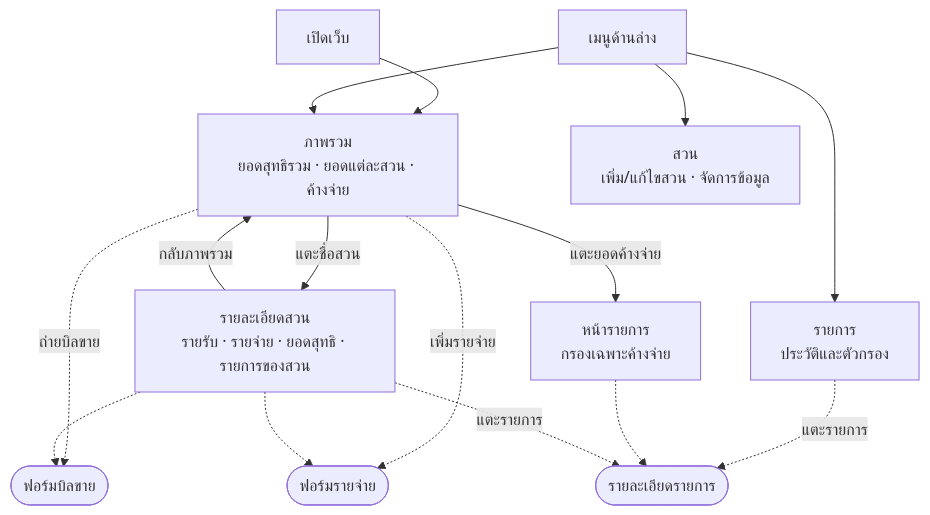
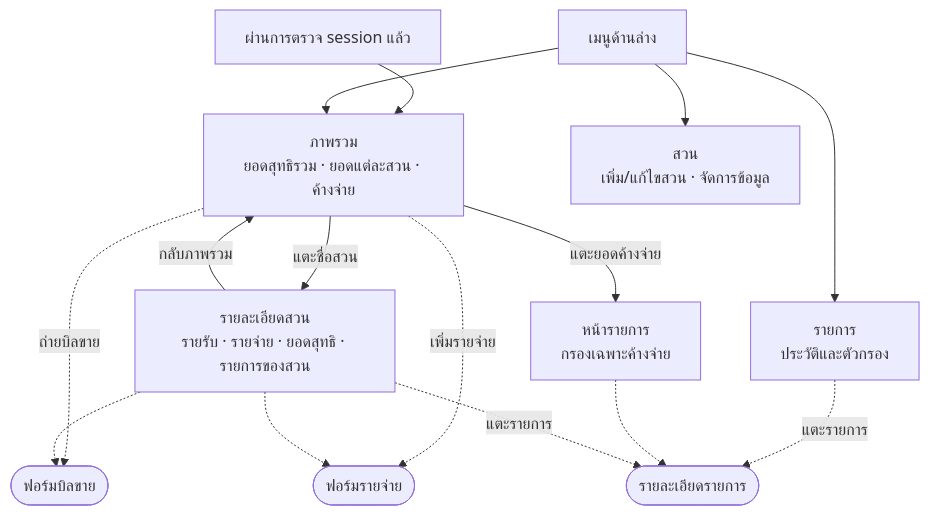
The second of 12 diagrams in user-flow.md (SitthiwatR/palm-ledger), drawn with Mermaid before and after one commit. The commit also changed other lines of this file and 3 other files, not shown here.

Commit message:
docs: define Supabase architecture and ten-step implementation plan

````diff
--- a/user-flow.md
+++ b/user-flow.md
@@ -11,19 +35,19 @@
 ```mermaid
 flowchart TD
-    Open["เปิดเว็บ"] --> Home["ภาพรวม<br/>ยอดสุทธิรวม · ยอดแต่ละสวน · ค้างจ่าย"]
+    Open["ผ่านการตรวจ session แล้ว"] --> Home["ภาพรวม<br/>ยอดสุทธิรวม · ยอดแต่ละสวน · ค้างจ่าย"]
     Nav["เมนูด้านล่าง"] --> Home
     Nav --> Records["รายการ<br/>ประวัติและตัวกรอง"]
     Nav --> Gardens["สวน<br/>เพิ่ม/แก้ไขสวน · จัดการข้อมูล"]
 
     Home -->|"แตะชื่อสวน"| Garden["รายละเอียดสวน<br/>รายรับ · รายจ่าย · ยอดสุทธิ · รายการของสวน"]
     Garden -->|"กลับภาพรวม"| Home
 
     Home -.->|"ถ่ายบิลขาย"| SaleModal(["ฟอร์มบิลขาย"])
     Home -.->|"เพิ่มรายจ่าย"| ExpenseModal(["ฟอร์มรายจ่าย"])
     Garden -.-> SaleModal
     Garden -.-> ExpenseModal
     Home -->|"แตะยอดค้างจ่าย"| Pending["หน้ารายการ<br/>กรองเฉพาะค้างจ่าย"]
     Records -.->|"แตะรายการ"| Detail(["รายละเอียดรายการ"])
     Pending -.-> Detail
     Garden -.->|"แตะรายการ"| Detail
 ```
````
